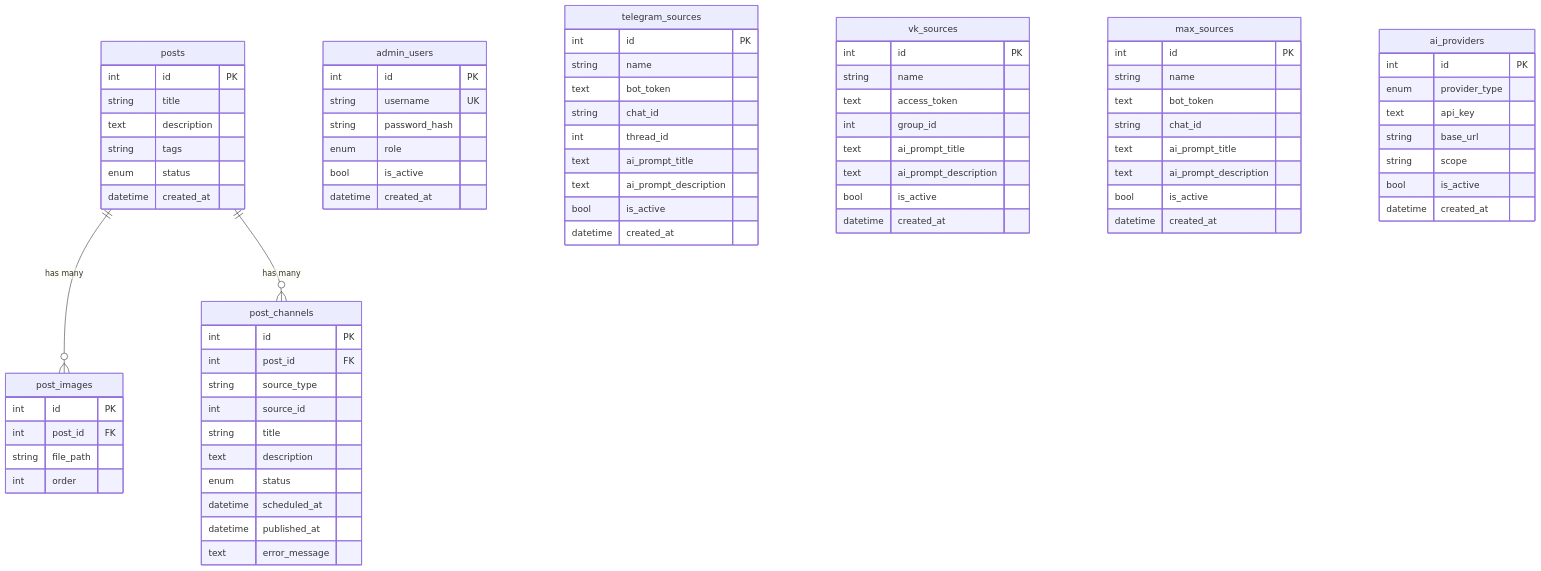
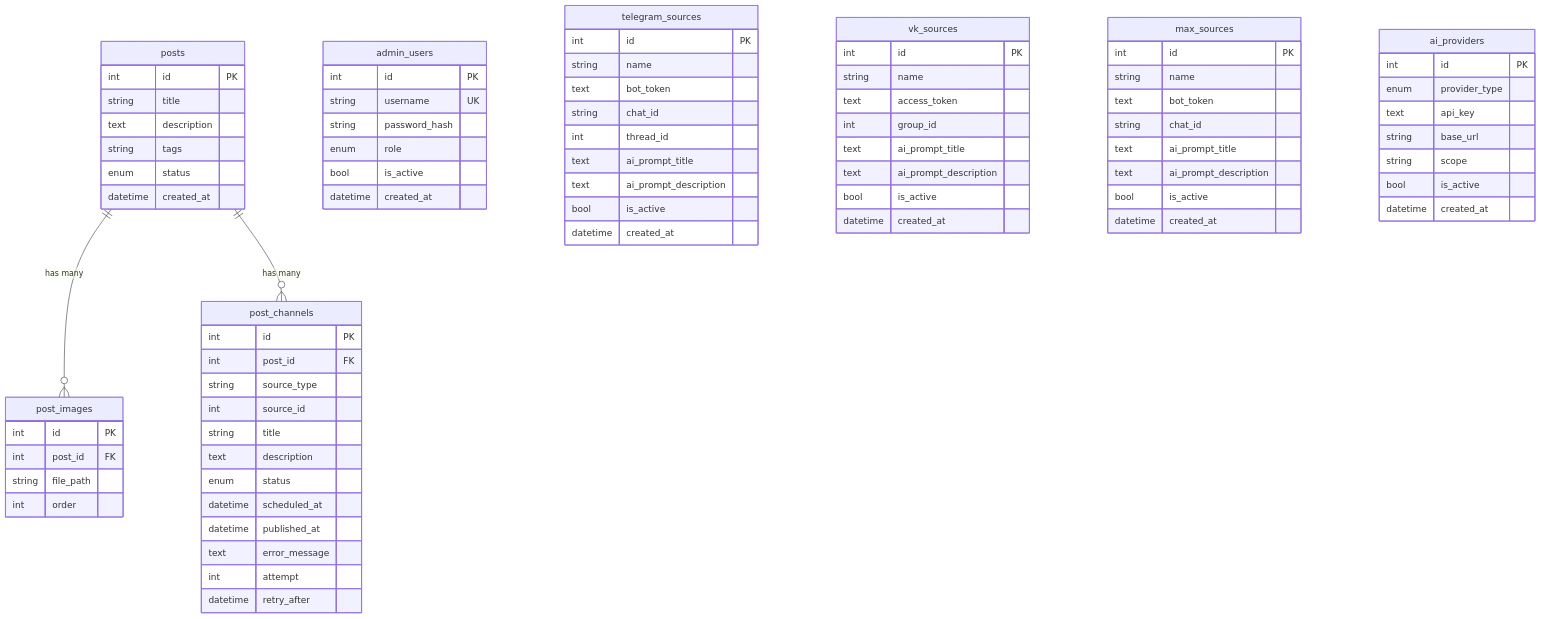
Before and after one commit to prog-time/postery: the diagram in rules/database/schema.md, drawn with Mermaid. The commit also changed other lines of this file and 4 other files, not shown here.

````diff
--- a/rules/database/schema.md
+++ b/rules/database/schema.md
@@ -34,80 +34,82 @@
 ```mermaid
 erDiagram
     posts {
         int id PK
         string title
         text description
         string tags
         enum status
         datetime created_at
     }
     post_images {
         int id PK
         int post_id FK
         string file_path
         int order
     }
     post_channels {
         int id PK
         int post_id FK
         string source_type
         int source_id
         string title
         text description
         enum status
         datetime scheduled_at
         datetime published_at
         text error_message
+        int attempt
+        datetime retry_after
     }
     admin_users {
         int id PK
         string username UK
         string password_hash
         enum role
         bool is_active
         datetime created_at
     }
     telegram_sources {
         int id PK
         string name
         text bot_token
         string chat_id
         int thread_id
         text ai_prompt_title
         text ai_prompt_description
         bool is_active
         datetime created_at
     }
     vk_sources {
         int id PK
         string name
         text access_token
         int group_id
         text ai_prompt_title
         text ai_prompt_description
         bool is_active
         datetime created_at
     }
     max_sources {
         int id PK
         string name
         text bot_token
         string chat_id
         text ai_prompt_title
         text ai_prompt_description
         bool is_active
         datetime created_at
     }
     ai_providers {
         int id PK
         enum provider_type
         text api_key
         string base_url
         string scope
         bool is_active
         datetime created_at
     }
 
     posts ||--o{ post_images : "has many"
     posts ||--o{ post_channels : "has many"
 ```
````
